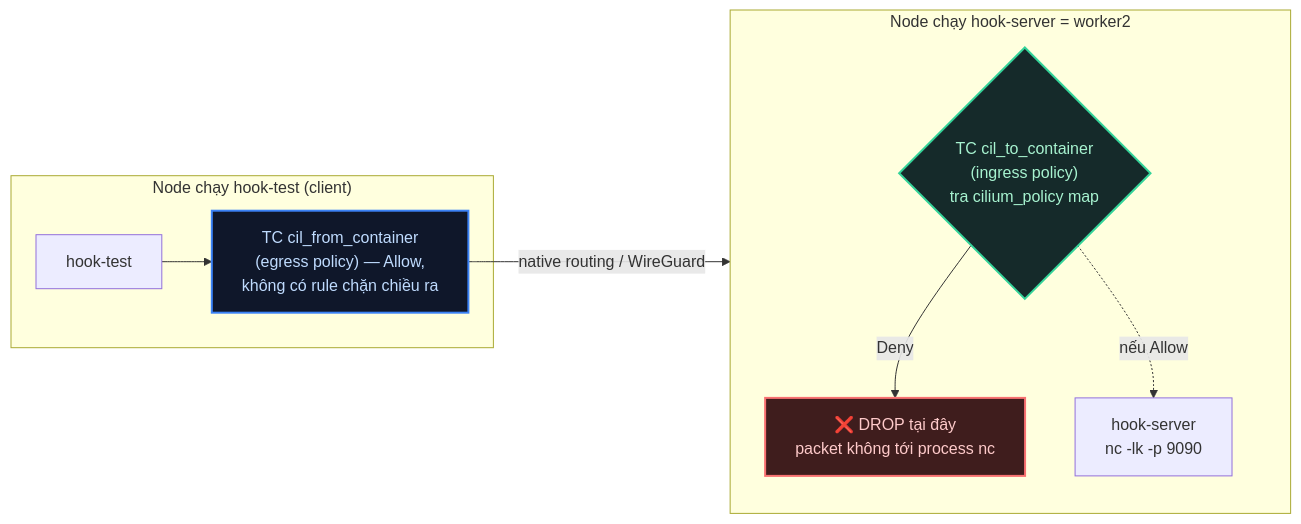
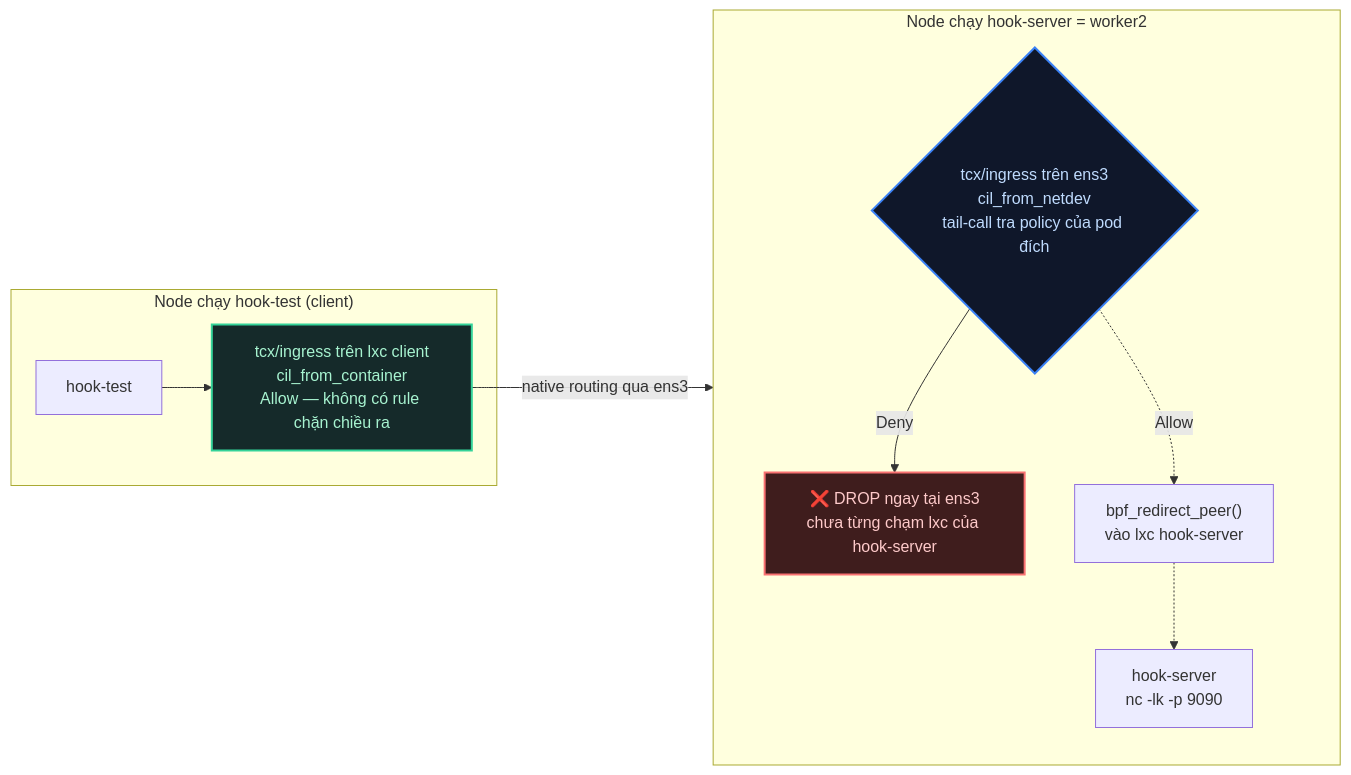
The fifth of 5 diagrams in kubernetes-networking/k8s-lab/tap-26-ebpf-hooks/lab-guide.md (thangphan205/network-thuc-chien), drawn with Mermaid before and after one commit. The commit also changed other lines of this file and 10 other files, not shown here.

````diff
--- a/kubernetes-networking/k8s-lab/tap-26-ebpf-hooks/lab-guide.md
+++ b/kubernetes-networking/k8s-lab/tap-26-ebpf-hooks/lab-guide.md
@@ -310,17 +363,17 @@
    ```mermaid
    graph LR
      subgraph nodeA ["Node chạy hook-test (client)"]
-       CLIENT["hook-test"] --> TCFROM["TC cil_from_container<br/>(egress policy) — Allow,<br/>không có rule chặn chiều ra"]
+       CLIENT["hook-test"] --> TCFROM["tcx/ingress trên lxc client<br/>cil_from_container<br/>Allow — không có rule chặn chiều ra"]
      end
-     TCFROM -->|"native routing / WireGuard"| nodeB
+     TCFROM -->|"native routing qua ens3"| nodeB
 
      subgraph nodeB ["Node chạy hook-server = worker2"]
-       TCTO{"TC cil_to_container<br/>(ingress policy)<br/>tra cilium_policy map"}
-       TCTO -->|"Deny"| DROPPED["❌ DROP tại đây<br/>packet không tới process nc"]
-       TCTO -.->|"nếu Allow"| SERVER["hook-server<br/>nc -lk -p 9090"]
+       NETDEV{"tcx/ingress trên ens3<br/>cil_from_netdev<br/>tail-call tra policy của pod đích"}
+       NETDEV -->|"Deny"| DROPPED["❌ DROP ngay tại ens3<br/>chưa từng chạm lxc của hook-server"]
+       NETDEV -.->|"Allow"| REDIRECT["bpf_redirect_peer()<br/>vào lxc hook-server"] -.-> SERVER["hook-server<br/>nc -lk -p 9090"]
      end
 
-     style TCFROM fill:#0f172a,stroke:#3b82f6,stroke-width:2px,color:#bfdbfe
-     style TCTO fill:#152a2a,stroke:#34d399,stroke-width:2px,color:#a7f3d0
+     style TCFROM fill:#152a2a,stroke:#34d399,stroke-width:2px,color:#a7f3d0
+     style NETDEV fill:#0f172a,stroke:#3b82f6,stroke-width:2px,color:#bfdbfe
      style DROPPED fill:#3f1d1d,stroke:#f87171,stroke-width:2px,color:#fecaca
    ```
````
